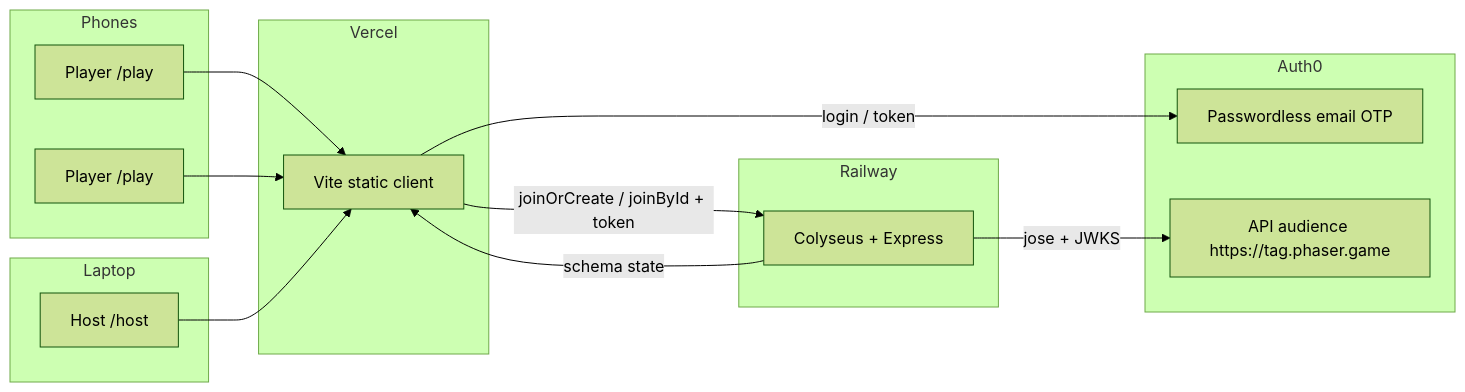
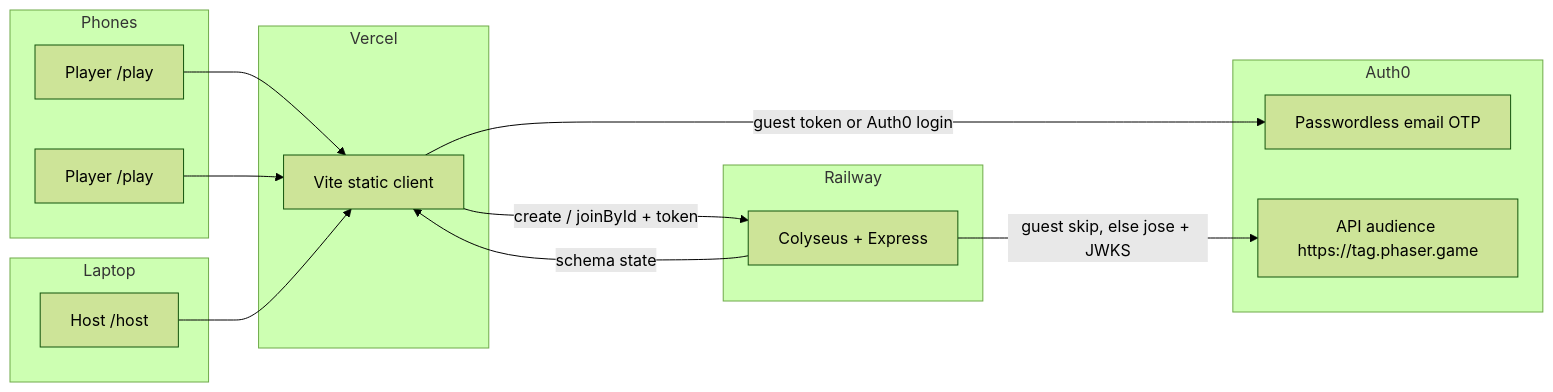
Before and after one commit to mtliendo/phaser-colyseus-tag: the diagram in README.md, drawn with Mermaid (forest theme). The commit also changed other lines of this file and 18 other files, not shown here.

First line of the commit message:
Add env-flag guest mode so deployed builds skip Auth0 login.

````diff
--- a/README.md
+++ b/README.md
@@ -39,28 +41,28 @@
 ```mermaid
 flowchart LR
   subgraph phones [Phones]
     P1[Player /play]
     P2[Player /play]
   end
   subgraph laptop [Laptop]
     H[Host /host]
   end
   subgraph vercel [Vercel]
     C[Vite static client]
   end
   subgraph railway [Railway]
     S[Colyseus + Express]
   end
   subgraph auth0 [Auth0]
     UL[Passwordless email OTP]
     API[API audience https://tag.phaser.game]
   end
 
   P1 --> C
   P2 --> C
   H --> C
-  C -->|login / token| UL
-  C -->|joinOrCreate / joinById + token| S
-  S -->|jose + JWKS| API
+  C -->|guest token or Auth0 login| UL
+  C -->|create / joinById + token| S
+  S -->|guest skip, else jose + JWKS| API
   S -->|schema state| C
 ```
````
